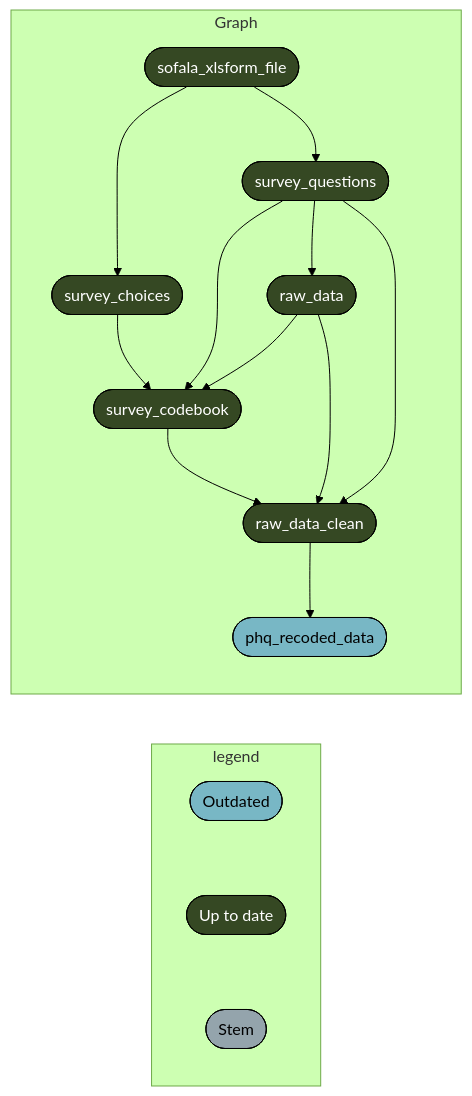
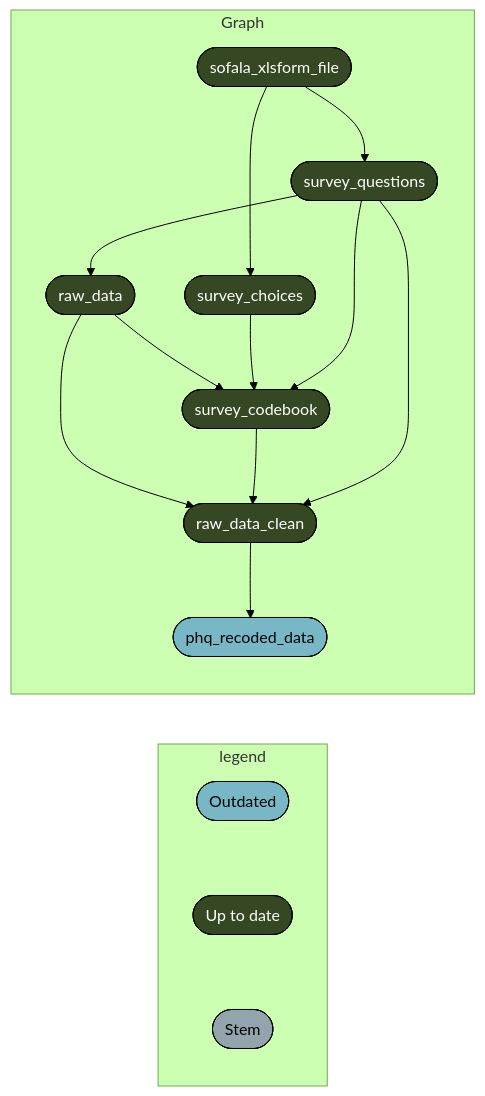
Before and after one commit to katilingban/mozambique-s3m: the third of 5 diagrams in README.md, drawn with Mermaid (forest theme). The commit also changed other lines of this file and 3 other files, not shown here.

````diff
--- a/README.md
+++ b/README.md
@@ -97,24 +97,24 @@
 ``` mermaid
 graph LR
   subgraph legend
     x0a52b03877696646([""Outdated""]):::outdated --- x7420bd9270f8d27d([""Up to date""]):::uptodate
     x7420bd9270f8d27d([""Up to date""]):::uptodate --- xbf4603d6c2c2ad6b([""Stem""]):::none
   end
   subgraph Graph
+    x0c65864d89dfd824(["survey_questions"]):::uptodate --> x136e4e85e6851637(["raw_data"]):::uptodate
+    x09e58614f2343db8(["raw_data_clean"]):::uptodate --> xfbe1be7fbc5dc84a(["phq_recoded_data"]):::outdated
+    x136e4e85e6851637(["raw_data"]):::uptodate --> x09e58614f2343db8(["raw_data_clean"]):::uptodate
+    xfcfc1959dbba8ed3(["survey_codebook"]):::uptodate --> x09e58614f2343db8(["raw_data_clean"]):::uptodate
+    x0c65864d89dfd824(["survey_questions"]):::uptodate --> x09e58614f2343db8(["raw_data_clean"]):::uptodate
+    x52eeb21c389d52d8(["sofala_xlsform_file"]):::uptodate --> x0c65864d89dfd824(["survey_questions"]):::uptodate
     x136e4e85e6851637(["raw_data"]):::uptodate --> xfcfc1959dbba8ed3(["survey_codebook"]):::uptodate
     x5aed27afbde18e19(["survey_choices"]):::uptodate --> xfcfc1959dbba8ed3(["survey_codebook"]):::uptodate
     x0c65864d89dfd824(["survey_questions"]):::uptodate --> xfcfc1959dbba8ed3(["survey_codebook"]):::uptodate
-    x0c65864d89dfd824(["survey_questions"]):::uptodate --> x136e4e85e6851637(["raw_data"]):::uptodate
     x52eeb21c389d52d8(["sofala_xlsform_file"]):::uptodate --> x5aed27afbde18e19(["survey_choices"]):::uptodate
-    x52eeb21c389d52d8(["sofala_xlsform_file"]):::uptodate --> x0c65864d89dfd824(["survey_questions"]):::uptodate
-    x136e4e85e6851637(["raw_data"]):::uptodate --> x09e58614f2343db8(["raw_data_clean"]):::uptodate
-    xfcfc1959dbba8ed3(["survey_codebook"]):::uptodate --> x09e58614f2343db8(["raw_data_clean"]):::uptodate
-    x0c65864d89dfd824(["survey_questions"]):::uptodate --> x09e58614f2343db8(["raw_data_clean"]):::uptodate
-    x09e58614f2343db8(["raw_data_clean"]):::uptodate --> xfbe1be7fbc5dc84a(["phq_recoded_data"]):::outdated
   end
   classDef outdated stroke:#000000,color:#000000,fill:#78B7C5;
   classDef uptodate stroke:#000000,color:#ffffff,fill:#354823;
   classDef none stroke:#000000,color:#000000,fill:#94a4ac;
   linkStyle 0 stroke-width:0px;
   linkStyle 1 stroke-width:0px;
 ```
````
